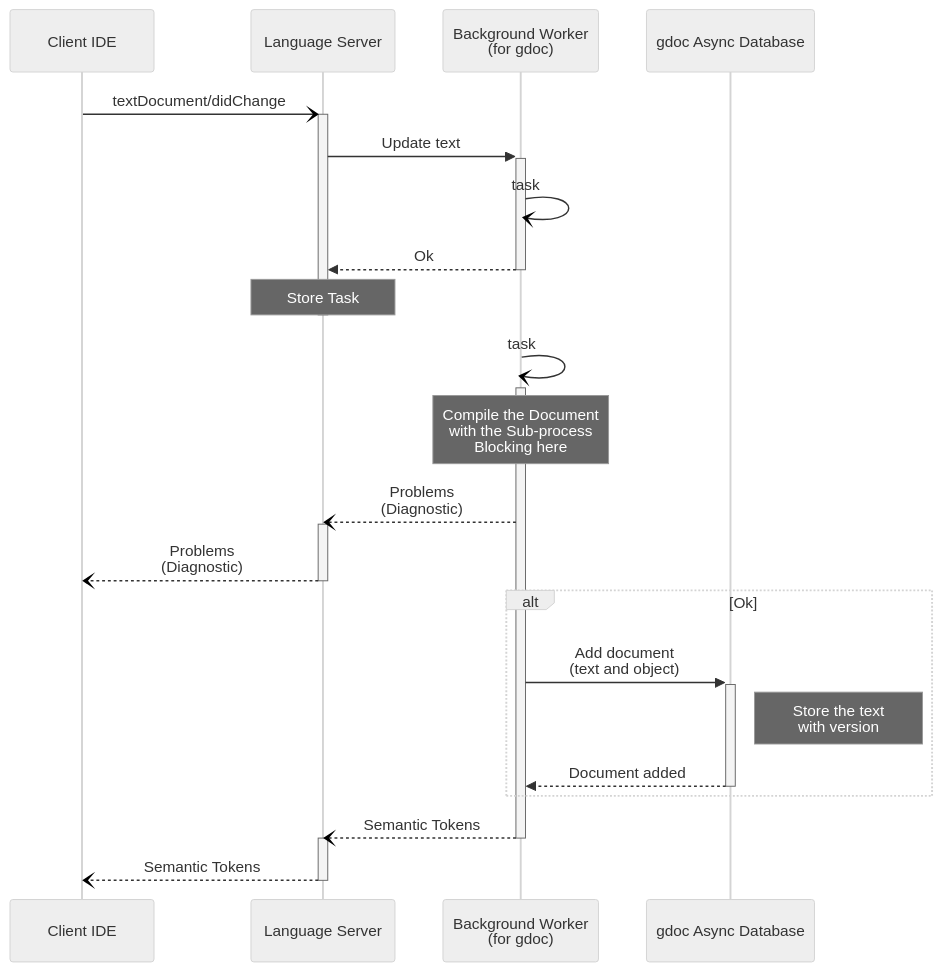
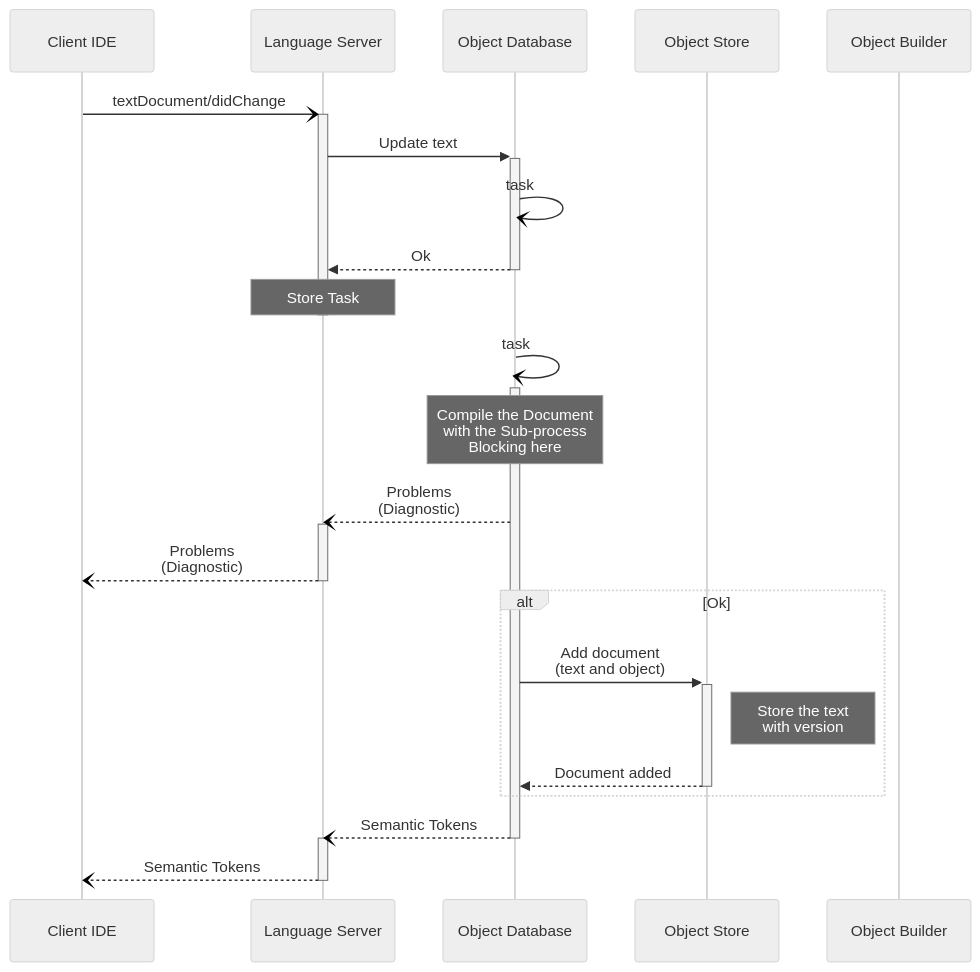
The fourth of 5 diagrams in docs/ArchitecturalDesign/gdocServer/LanguageServer.md (tyskdm/gdoc), drawn with Mermaid (neutral theme) before and after one commit. The commit also changed other lines of this file, not shown here.

Commit message:
refactor: Update sequence diagrams to replace Background Worker and gdoc Async Database with Object Database and Object Store

````diff
--- a/docs/ArchitecturalDesign/gdocServer/LanguageServer.md
+++ b/docs/ArchitecturalDesign/gdocServer/LanguageServer.md
@@ -278,30 +281,31 @@
 ```mermaid
 sequenceDiagram
   participant IDE as Client IDE
   participant LS as Language Server
-  participant Worker as Background Worker<br>(for gdoc)
-  participant DB as gdoc Async Database
+  participant ODB as Object Database
+  participant OBJ as Object Store
+  participant BLD as Object Builder
 
   IDE -) +LS: textDocument/didChange
-    LS ->> +Worker: Update text
-      Worker -) Worker: task
-    Worker -->> -LS: Ok
+    LS ->> +ODB: Update text
+      ODB -) ODB: task
+    ODB -->> -LS: Ok
     Note over LS: Store Task
     deactivate LS
     %
-    Worker -) +Worker: task
-    Note over Worker: Compile the Document<br>with the Sub-process<br>Blocking here
-    Worker --) LS: Problems<br>(Diagnostic)
+    ODB -) +ODB: task
+    Note over ODB: Compile the Document<br>with the Sub-process<br>Blocking here
+    ODB --) LS: Problems<br>(Diagnostic)
       activate LS
       LS --) IDE: Problems<br>(Diagnostic)
       deactivate LS
     alt Ok
-      Worker ->> +DB: Add document<br>(text and object)
-      Note right of DB: Store the text<br>with version
-      DB -->> -Worker: Document added
+      ODB ->> +OBJ: Add document<br>(text and object)
+      Note right of OBJ: Store the text<br>with version
+      OBJ -->> -ODB: Document added
     end
-    Worker --) -LS: Semantic Tokens
+    ODB --) -LS: Semantic Tokens
       activate LS
       LS --) IDE: Semantic Tokens
       deactivate LS
 ```
````
